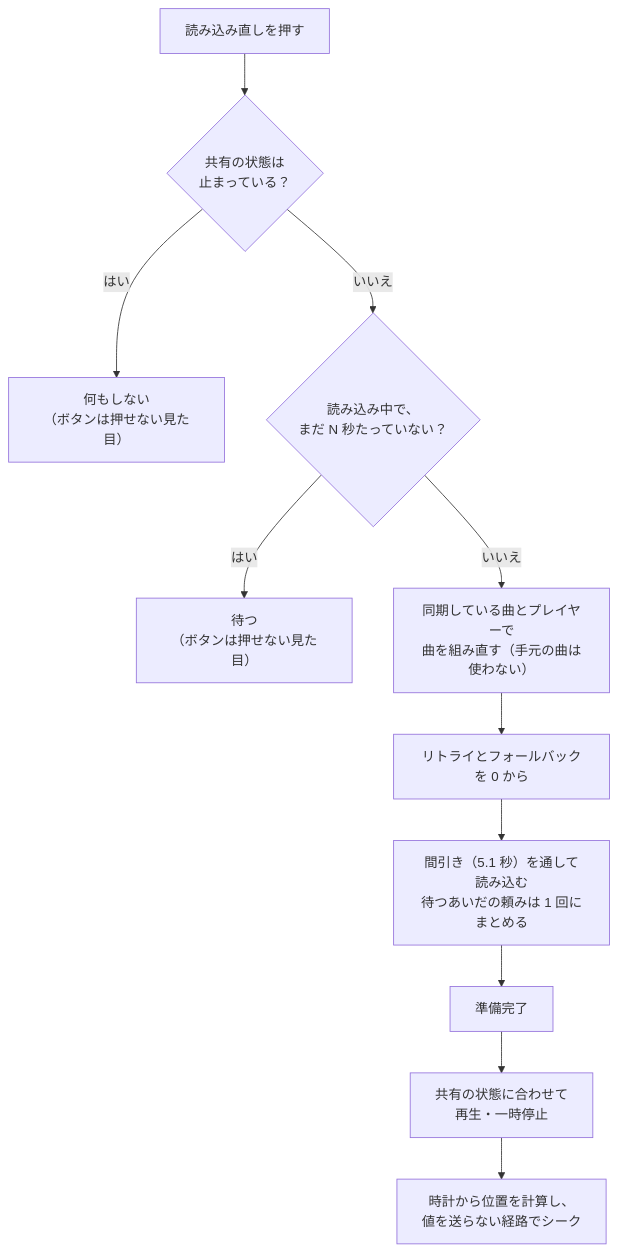
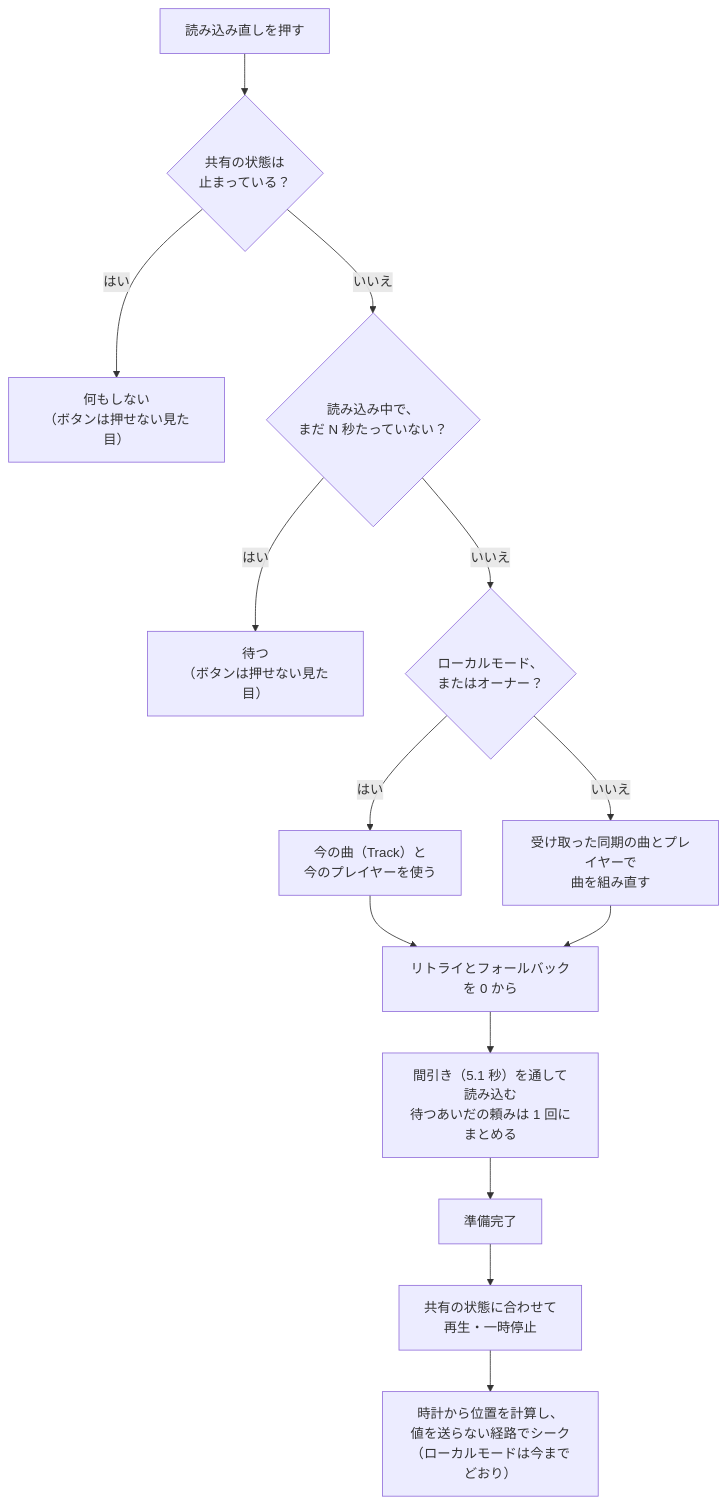
One commit to Mega-Gorilla/KawaPlayer changed the eighth of 9 diagrams in docs/design/228-playback-sync/README.md. Above: the diagram before and after it, drawn with Mermaid. The commit also changed other lines of this file, not shown here.

````diff
--- a/docs/design/228-playback-sync/README.md
+++ b/docs/design/228-playback-sync/README.md
@@ -415,13 +417,16 @@
 ```mermaid
 flowchart TD
   A["読み込み直しを押す"] --> B{"共有の状態は<br/>止まっている？"}
   B -- "はい" --> X["何もしない<br/>（ボタンは押せない見た目）"]
   B -- "いいえ" --> C{"読み込み中で、<br/>まだ N 秒たっていない？"}
   C -- "はい" --> X2["待つ<br/>（ボタンは押せない見た目）"]
-  C -- "いいえ" --> D["同期している曲とプレイヤーで<br/>曲を組み直す（手元の曲は使わない）"]
-  D --> E["リトライとフォールバックを 0 から"]
+  C -- "いいえ" --> L{"ローカルモード、<br/>またはオーナー？"}
+  L -- "はい" --> D1["今の曲（Track）と<br/>今のプレイヤーを使う"]
+  L -- "いいえ" --> D["受け取った同期の曲とプレイヤーで<br/>曲を組み直す"]
+  D1 --> E["リトライとフォールバックを 0 から"]
+  D --> E
   E --> F["間引き（5.1 秒）を通して読み込む<br/>待つあいだの頼みは 1 回にまとめる"]
   F --> G["準備完了"]
   G --> H["共有の状態に合わせて<br/>再生・一時停止"]
-  H --> I["時計から位置を計算し、<br/>値を送らない経路でシーク"]
+  H --> I["時計から位置を計算し、<br/>値を送らない経路でシーク<br/>（ローカルモードは今までどおり）"]
 ```
````
